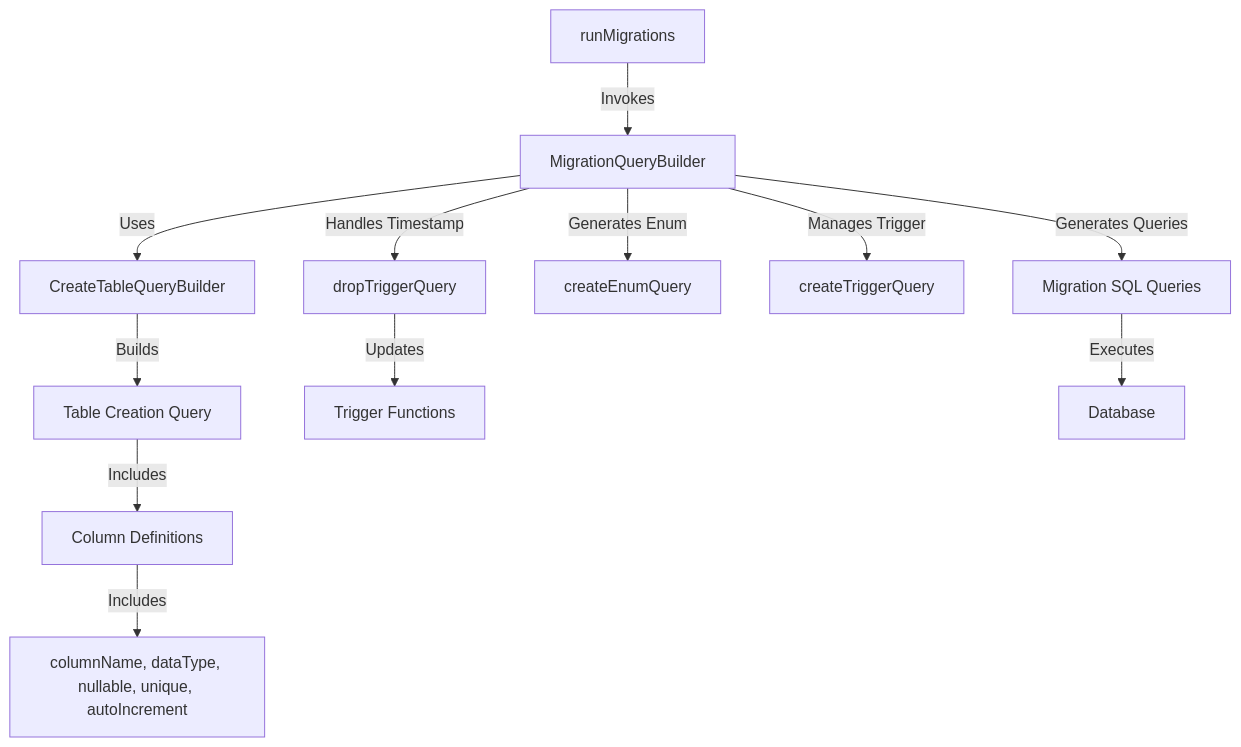
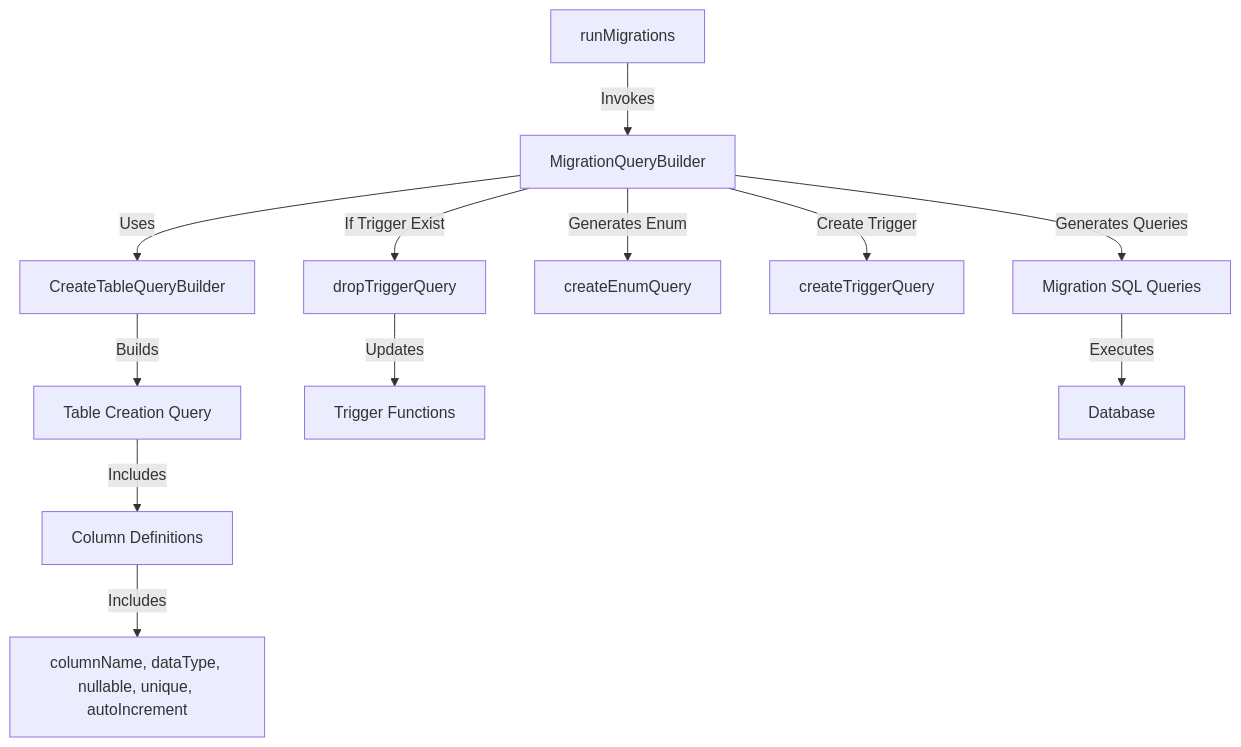
One commit to djancool016/dwi-express-orm changed the first of 2 diagrams in README.md. Above: the diagram before and after it, drawn with Mermaid.

````diff
--- a/README.md
+++ b/README.md
@@ -49,14 +49,14 @@
 ```mermaid
 graph TD
     A[runMigrations] -->|Invokes| B[MigrationQueryBuilder]
     B -->|Uses| C[CreateTableQueryBuilder]
     B -->|Generates Queries| D[Migration SQL Queries]
     B -->|Generates Enum| E[createEnumQuery]
-    B -->|Manages Trigger| F[createTriggerQuery]
-    B -->|Handles Timestamp| G[dropTriggerQuery]
+    B -->|Create Trigger| F[createTriggerQuery]
+    B -->|If Trigger Exist| G[dropTriggerQuery]
     C -->|Builds| H[Table Creation Query]
     H -->|Includes| I[Column Definitions]
     I -->|Includes| J[columnName, dataType, nullable, unique, autoIncrement]
     G -->|Updates| K[Trigger Functions]
     D -->|Executes| L[Database]
 ```
````
